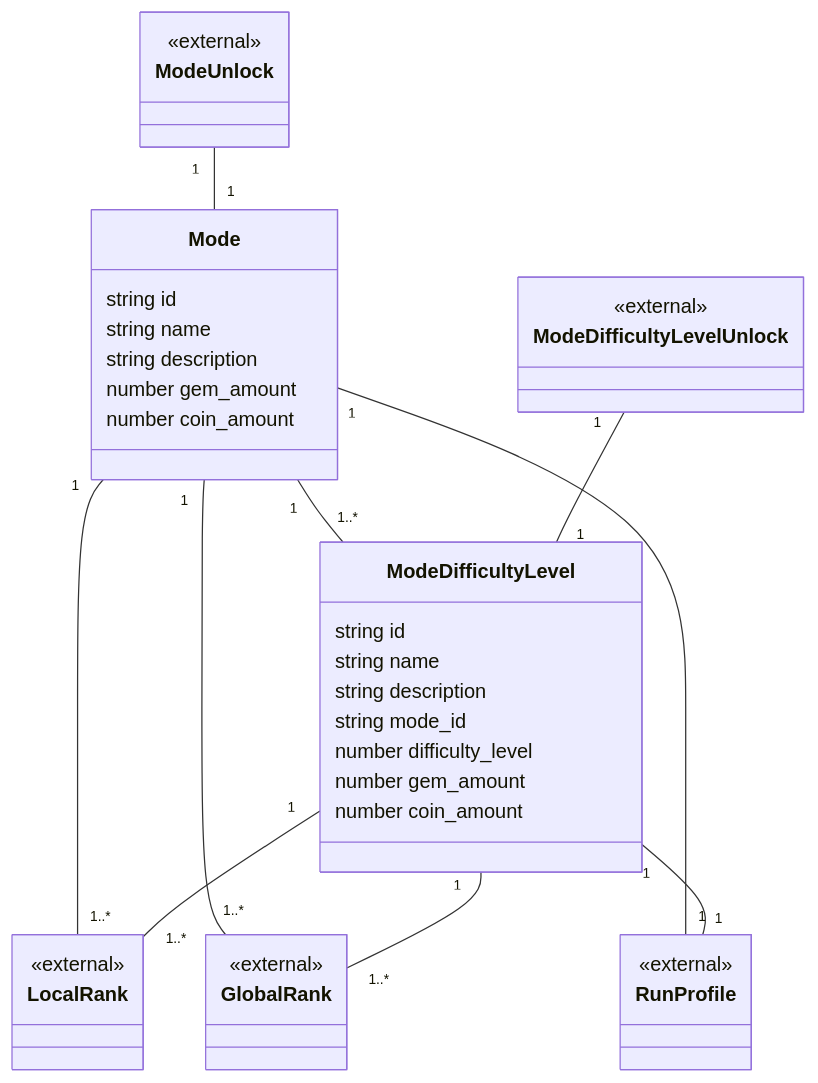
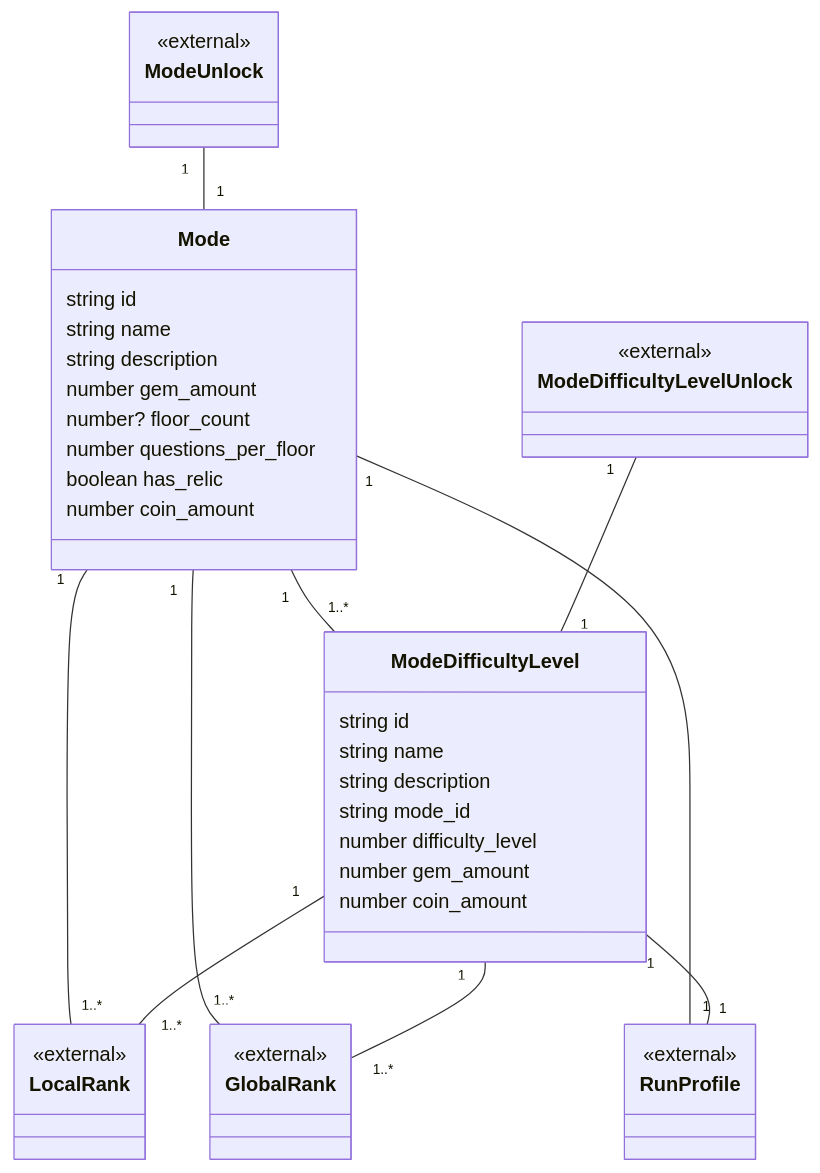
One commit to CrossStarAdmin/CalculationLabyrinth changed the diagram in docs/domain-model/07-mode.md. Above: the diagram before and after it, drawn with Mermaid. The commit also changed 7 other files, not shown here.

````diff
--- a/docs/domain-model/07-mode.md
+++ b/docs/domain-model/07-mode.md
@@ -6,56 +6,59 @@
 ```mermaid
 
 classDiagram
 
 class Mode {
     string id
     string name
     string description
     number gem_amount
+    number? floor_count
+    number questions_per_floor
+    boolean has_relic
     number coin_amount
 }
 
 class ModeDifficultyLevel {
     string id
     string name
     string description
     string mode_id
     number difficulty_level
     number gem_amount
     number coin_amount
 }
 
 %% 外部（02-unlock.md）
 class ModeUnlock {
     <<external>>
 }
 class ModeDifficultyLevelUnlock {
     <<external>>
 }
 
 %% 外部（05-local-rank.md）
 class LocalRank {
     <<external>>
 }
 
 %% 外部（06-global-rank.md）
 class GlobalRank {
     <<external>>
 }
 
 %% 外部（03-run.md）
 class RunProfile {
     <<external>>
 }
 
 Mode "1" -- "1..*" ModeDifficultyLevel
 ModeUnlock "1" -- "1" Mode
 ModeDifficultyLevelUnlock "1" -- "1" ModeDifficultyLevel
 Mode "1" -- "1..*" LocalRank
 ModeDifficultyLevel "1" -- "1..*" LocalRank
 Mode "1" -- "1..*" GlobalRank
 ModeDifficultyLevel "1" -- "1..*" GlobalRank
 Mode "1" -- "1" RunProfile
 ModeDifficultyLevel "1" -- "1" RunProfile
 
 ```
````
